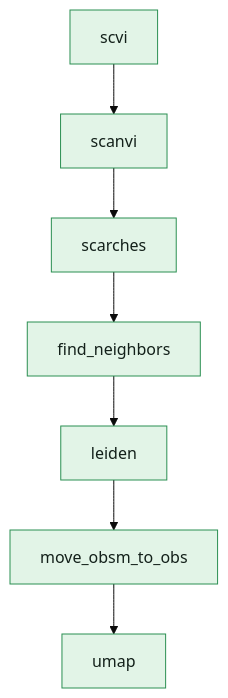
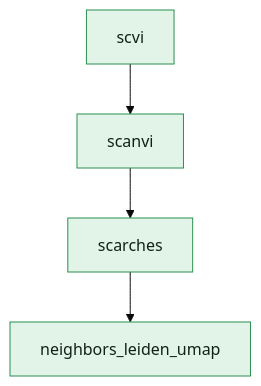
The diagram in reference/openpipeline/v4.2.0/workflows/annotation/scanvi_scarches.qmd (openpipelines-bio/openpipeline_docs), drawn with Mermaid (base theme) before and after one commit. The commit also changed other lines of this file and 40 other files, not shown here.

````diff
--- a/reference/openpipeline/v4.2.0/workflows/annotation/scanvi_scarches.qmd
+++ b/reference/openpipeline/v4.2.0/workflows/annotation/scanvi_scarches.qmd
@@ -154,23 +154,14 @@
 ```{mermaid}
 flowchart TB
-    v121["find_neighbors"]
-    v152["leiden"]
-    v18["scvi"]
-    v183["move_obsm_to_obs"]
-    v214["umap"]
-    v49["scanvi"]
-    v80["scarches"]
-    v121 --> v152
-    v152 --> v183
-    v18 --> v49
-    v183 --> v214
-    v49 --> v80
-    v80 --> v121
-    style v121 fill:#e2f4e7,stroke:#2b8f52,color:#13201a
-    style v152 fill:#e2f4e7,stroke:#2b8f52,color:#13201a
-    style v18 fill:#e2f4e7,stroke:#2b8f52,color:#13201a
-    style v183 fill:#e2f4e7,stroke:#2b8f52,color:#13201a
-    style v214 fill:#e2f4e7,stroke:#2b8f52,color:#13201a
-    style v49 fill:#e2f4e7,stroke:#2b8f52,color:#13201a
-    style v80 fill:#e2f4e7,stroke:#2b8f52,color:#13201a
+    c_annotate_scanvi["scanvi"]
+    c_integrate_scarches["scarches"]
+    c_integrate_scvi["scvi"]
+    c_workflows_multiomics_neighbors_leiden_umap["neighbors_leiden_umap"]
+    c_annotate_scanvi --> c_integrate_scarches
+    c_integrate_scarches --> c_workflows_multiomics_neighbors_leiden_umap
+    c_integrate_scvi --> c_annotate_scanvi
+    style c_annotate_scanvi fill:#e2f4e7,stroke:#2b8f52,color:#13201a
+    style c_integrate_scarches fill:#e2f4e7,stroke:#2b8f52,color:#13201a
+    style c_integrate_scvi fill:#e2f4e7,stroke:#2b8f52,color:#13201a
+    style c_workflows_multiomics_neighbors_leiden_umap fill:#e2f4e7,stroke:#2b8f52,color:#13201a
 ```
````
